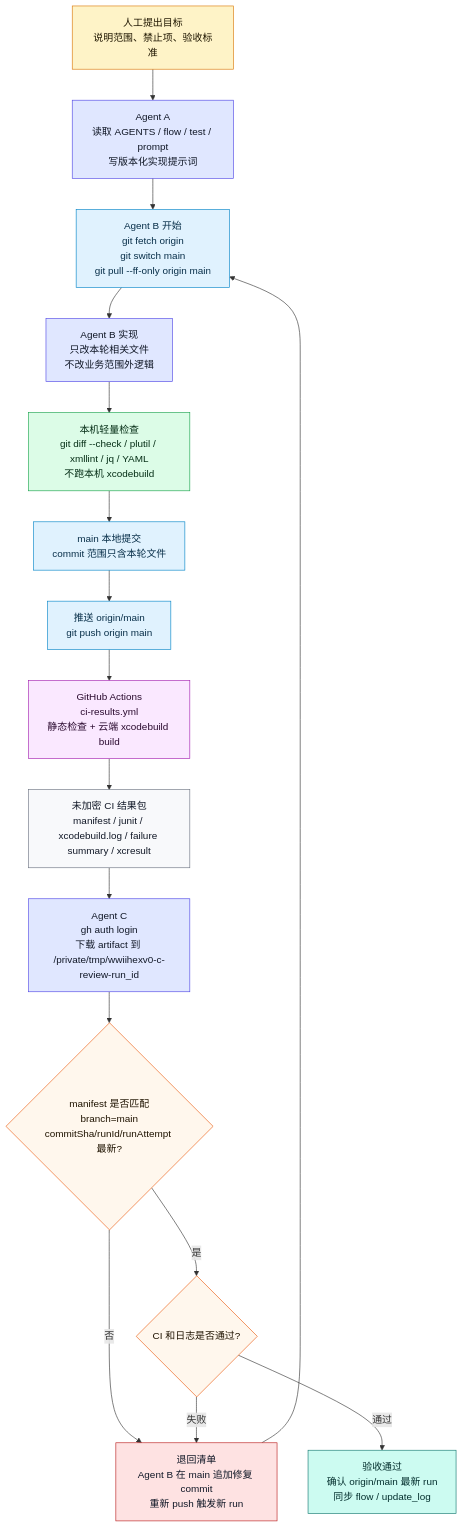
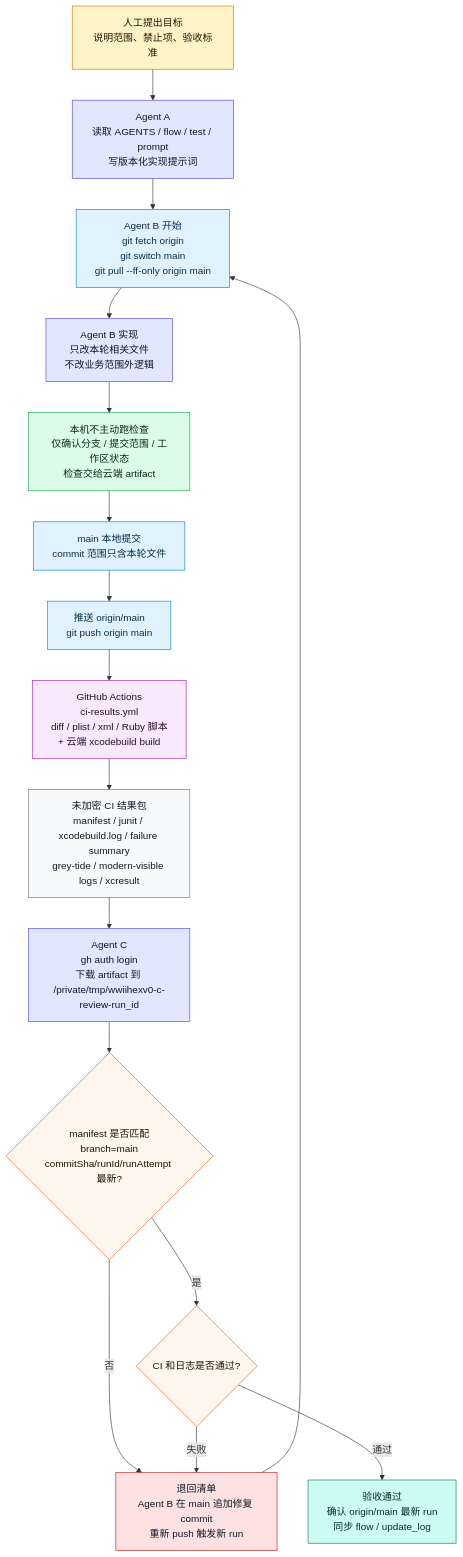
One commit to Altman-sam114/127 changed the first of 20 diagrams in md/flow/flowchart.md. Above: the diagram before and after it, drawn with Mermaid. The commit also changed 8 other files, not shown here.

Commit message:
ci: run modern static checks in cloud

````diff
--- a/md/flow/flowchart.md
+++ b/md/flow/flowchart.md
@@ -31,33 +31,33 @@
 ```mermaid
 flowchart TD
     HUMAN["人工提出目标<br/>说明范围、禁止项、验收标准"]:::input
     A["Agent A<br/>读取 AGENTS / flow / test / prompt<br/>写版本化实现提示词"]:::agent
     B0["Agent B 开始<br/>git fetch origin<br/>git switch main<br/>git pull --ff-only origin main"]:::git
     B1["Agent B 实现<br/>只改本轮相关文件<br/>不改业务范围外逻辑"]:::agent
-    LOCAL["本机轻量检查<br/>git diff --check / plutil / xmllint / jq / YAML<br/>不跑本机 xcodebuild"]:::check
+    LOCAL["本机不主动跑检查<br/>仅确认分支 / 提交范围 / 工作区状态<br/>检查交给云端 artifact"]:::check
     COMMIT["main 本地提交<br/>commit 范围只含本轮文件"]:::git
     PUSH["推送 origin/main<br/>git push origin main"]:::git
-    GHA["GitHub Actions<br/>ci-results.yml<br/>静态检查 + 云端 xcodebuild build"]:::cloud
-    ART["未加密 CI 结果包<br/>manifest / junit / xcodebuild.log / failure summary / xcresult"]:::artifact
+    GHA["GitHub Actions<br/>ci-results.yml<br/>diff / plist / xml / Ruby 脚本<br/>+ 云端 xcodebuild build"]:::cloud
+    ART["未加密 CI 结果包<br/>manifest / junit / xcodebuild.log / failure summary<br/>grey-tide / modern-visible logs / xcresult"]:::artifact
     C0["Agent C<br/>gh auth login<br/>下载 artifact 到 /private/tmp/wwiihexv0-c-review-run_id"]:::agent
     C1{"manifest 是否匹配<br/>branch=main<br/>commitSha/runId/runAttempt 最新?"}:::decision
     C2{"CI 和日志是否通过?"}:::decision
     REJECT["退回清单<br/>Agent B 在 main 追加修复 commit<br/>重新 push 触发新 run"]:::stop
     ACCEPT["验收通过<br/>确认 origin/main 最新 run<br/>同步 flow / update_log"]:::ok
 
     HUMAN --> A --> B0 --> B1 --> LOCAL --> COMMIT --> PUSH --> GHA --> ART --> C0 --> C1
     C1 -->|否| REJECT --> B0
     C1 -->|是| C2
     C2 -->|失败| REJECT
     C2 -->|通过| ACCEPT
 
     classDef input fill:#fef3c7,stroke:#d97706,color:#1f1600
     classDef agent fill:#e0e7ff,stroke:#4f46e5,color:#111827
     classDef git fill:#e0f2fe,stroke:#0284c7,color:#082f49
     classDef check fill:#dcfce7,stroke:#16a34a,color:#052e16
     classDef cloud fill:#fae8ff,stroke:#a21caf,color:#2a0a2f
     classDef artifact fill:#f8f9fb,stroke:#6b7280,color:#111827
     classDef decision fill:#fff7ed,stroke:#ea580c,color:#1f1300
     classDef stop fill:#fee2e2,stroke:#b91c1c,color:#111827
     classDef ok fill:#ccfbf1,stroke:#0f766e,color:#042f2e
 ```
````
